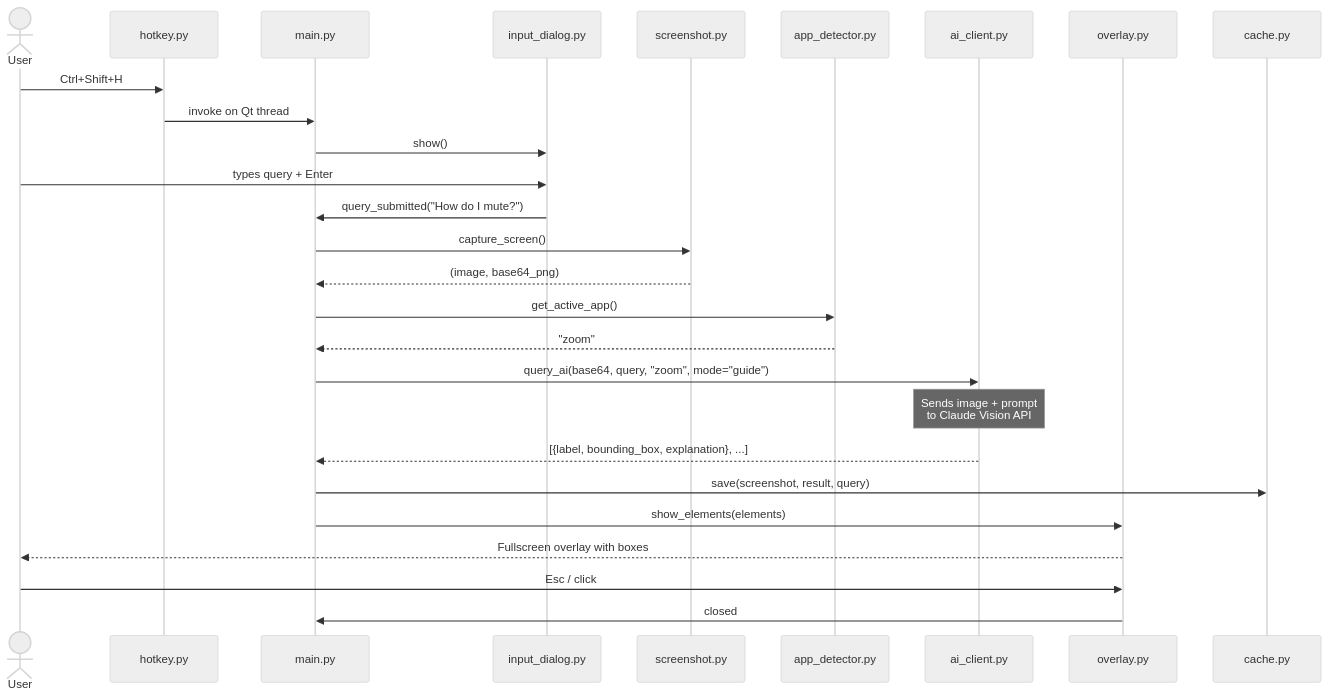
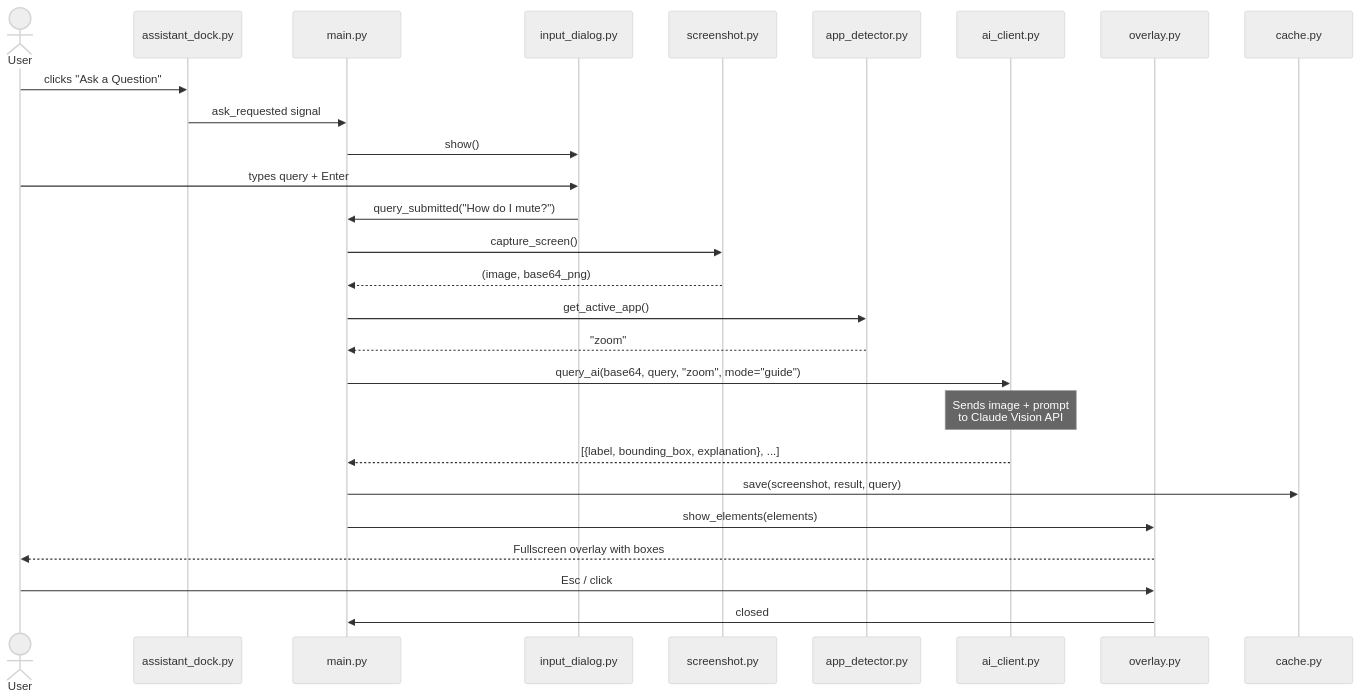
Before and after one commit to anjkaimal/NavMate: the third of 7 diagrams in DIAGRAMS.md, drawn with Mermaid (neutral theme). The commit also changed other lines of this file and 11 other files, not shown here.

````diff
--- a/DIAGRAMS.md
+++ b/DIAGRAMS.md
@@ -100,30 +101,30 @@
 ```mermaid
 sequenceDiagram
     actor User
-    participant HK as hotkey.py
+    participant DK as assistant_dock.py
     participant Main as main.py
     participant Dialog as input_dialog.py
     participant SS as screenshot.py
     participant AD as app_detector.py
     participant AI as ai_client.py
     participant OV as overlay.py
     participant Cache as cache.py
 
-    User->>HK: Ctrl+Shift+H
-    HK->>Main: invoke on Qt thread
+    User->>DK: clicks "Ask a Question"
+    DK->>Main: ask_requested signal
     Main->>Dialog: show()
     User->>Dialog: types query + Enter
     Dialog->>Main: query_submitted("How do I mute?")
     Main->>SS: capture_screen()
     SS-->>Main: (image, base64_png)
     Main->>AD: get_active_app()
     AD-->>Main: "zoom"
     Main->>AI: query_ai(base64, query, "zoom", mode="guide")
     Note over AI: Sends image + prompt<br/>to Claude Vision API
     AI-->>Main: [{label, bounding_box, explanation}, ...]
     Main->>Cache: save(screenshot, result, query)
     Main->>OV: show_elements(elements)
     OV-->>User: Fullscreen overlay with boxes
     User->>OV: Esc / click
     OV->>Main: closed
 ```
````
